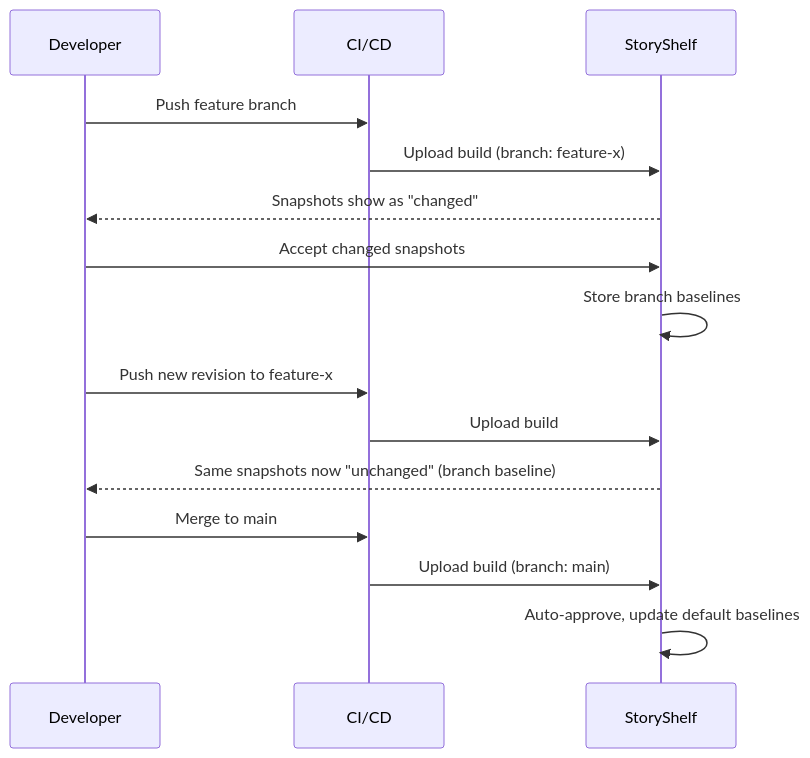
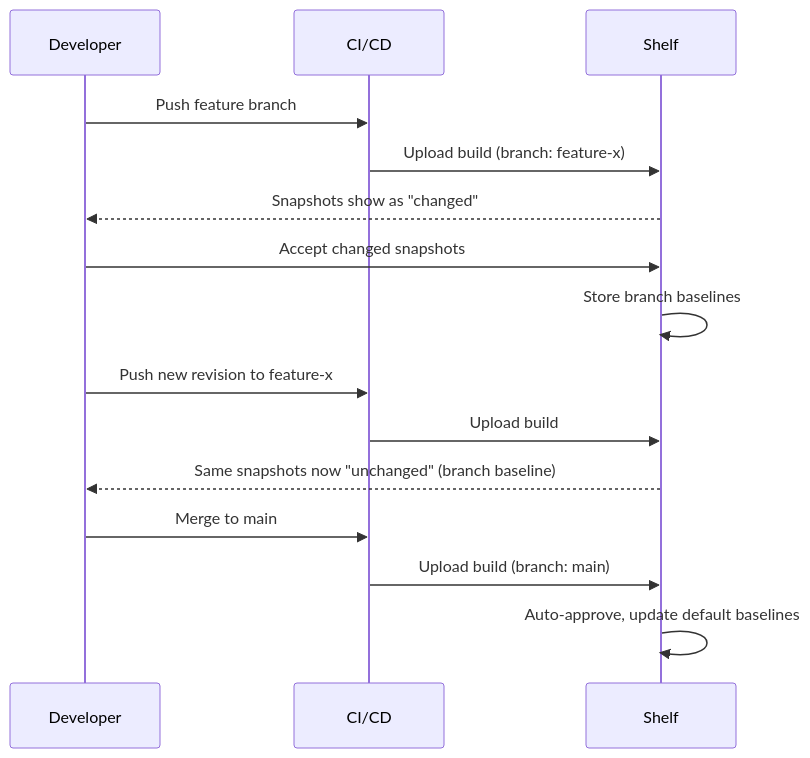
One commit to GuptaSiddhant/StoryShelf changed the second of 3 diagrams in apps/website/src/content/docs/concepts/baselines.md. Above: the diagram before and after it, drawn with Mermaid. The commit also changed other lines of this file and 11 other files, not shown here.

````diff
--- a/apps/website/src/content/docs/concepts/baselines.md
+++ b/apps/website/src/content/docs/concepts/baselines.md
@@ -54,17 +54,17 @@
 ```mermaid
 sequenceDiagram
     participant Dev as Developer
     participant CI as CI/CD
-    participant SS as StoryShelf
+    participant Shelf
     Dev->>CI: Push feature branch
-    CI->>SS: Upload build (branch: feature-x)
-    SS-->>Dev: Snapshots show as "changed"
-    Dev->>SS: Accept changed snapshots
-    SS->>SS: Store branch baselines
+    CI->>Shelf: Upload build (branch: feature-x)
+    Shelf-->>Dev: Snapshots show as "changed"
+    Dev->>Shelf: Accept changed snapshots
+    Shelf->>Shelf: Store branch baselines
     Dev->>CI: Push new revision to feature-x
-    CI->>SS: Upload build
-    SS-->>Dev: Same snapshots now "unchanged" (branch baseline)
+    CI->>Shelf: Upload build
+    Shelf-->>Dev: Same snapshots now "unchanged" (branch baseline)
     Dev->>CI: Merge to main
-    CI->>SS: Upload build (branch: main)
-    SS->>SS: Auto-approve, update default baselines
+    CI->>Shelf: Upload build (branch: main)
+    Shelf->>Shelf: Auto-approve, update default baselines
 ```
````
